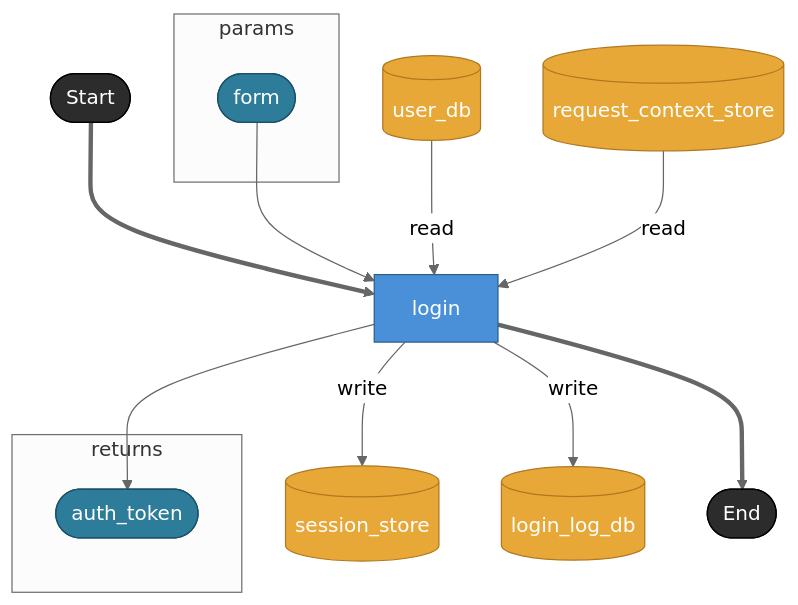
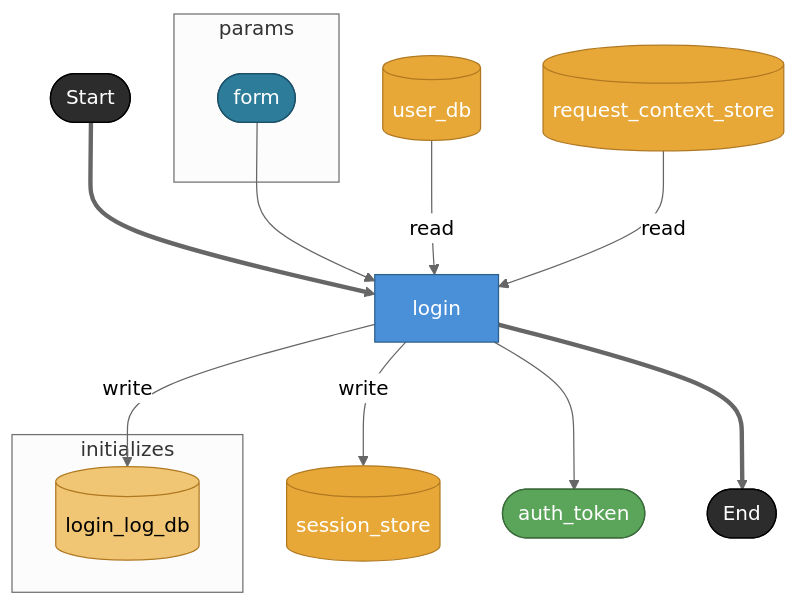
One commit to hiroshiasayadev-prog/brewprint changed the diagram in docs/uc/001-ec-checkout-flow/renders/auth/dag-login.md. Above: the diagram before and after it, drawn with Mermaid (neutral theme). The commit also changed other lines of this file and 49 other files, not shown here.

````diff
--- a/docs/uc/001-ec-checkout-flow/renders/auth/dag-login.md
+++ b/docs/uc/001-ec-checkout-flow/renders/auth/dag-login.md
@@ -12,29 +12,33 @@
 ```mermaid
 flowchart TD
   subgraph params
     form([form])
   end
-  subgraph returns
-    auth_token([auth_token])
+  subgraph initializes
+    login_log_db[(login_log_db)]
   end
 
   _start([Start]) ==> login[login]
   form --> login
 
   user_db[(user_db)] -- "read" --> login
   request_context_store[(request_context_store)] -- "read" --> login
   login -- "write" --> session_store[(session_store)]
   login -- "write" --> login_log_db[(login_log_db)]
 
-  login --> auth_token
+  login --> auth_token([auth_token])
   login ==> _end([End])
 
   classDef taskNode     fill:#4A90D9,stroke:#2C5F8A,color:#fff
   classDef storeNode    fill:#E8A838,stroke:#B07820,color:#fff
+  classDef initStoreNode fill:#F0C674,stroke:#B07820,color:#000
+  classDef assetNode    fill:#5BA55B,stroke:#3A6B3A,color:#fff
   classDef terminalNode fill:#2C2C2C,stroke:#000,color:#fff
   classDef boundaryNode fill:#2D7D9A,stroke:#1A5068,color:#fff
   class login taskNode
   class user_db,request_context_store,session_store,login_log_db storeNode
+  class login_log_db initStoreNode
+  class auth_token assetNode
   class _start,_end terminalNode
-  class form,auth_token boundaryNode
+  class form boundaryNode
 ```
````
